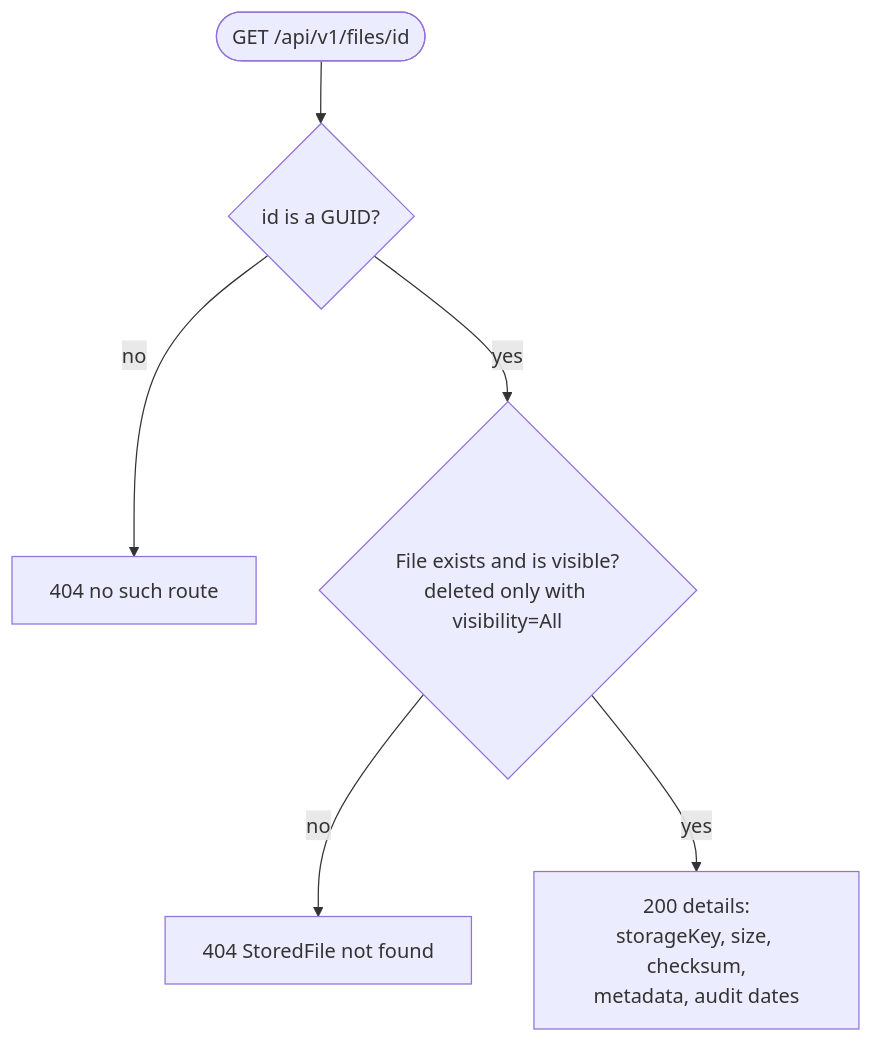
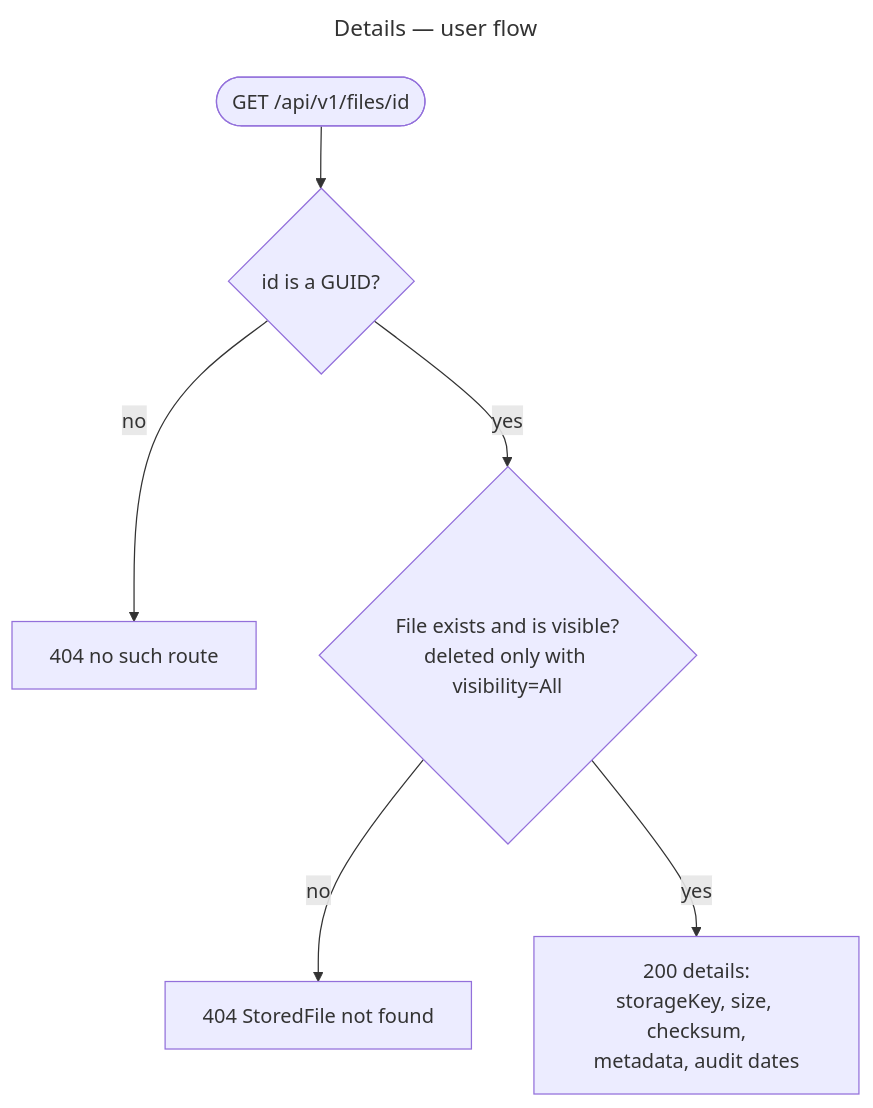
One commit to gmetskhvarishvili/GM.FileStorage.Samples changed the fifth of 11 diagrams in docs/user-flows.md. Above: the diagram before and after it, drawn with Mermaid. The commit also changed other lines of this file and 7 other files, not shown here.

First line of the commit message:
docs: name every diagram "subject — kind" and index them

````diff
--- a/docs/user-flows.md
+++ b/docs/user-flows.md
@@ -86,8 +101,11 @@
 ```mermaid
+---
+title: Details — user flow
+---
 flowchart TD
     start([GET /api/v1/files/id]) --> guid{id is a GUID?}
     guid -- no --> n404[404 no such route]
     guid -- yes --> exists{File exists and is visible?<br/>deleted only with visibility=All}
     exists -- no --> f404[404 StoredFile not found]
     exists -- yes --> ok[200 details:<br/>storageKey, size, checksum,<br/>metadata, audit dates]
 ```
````
